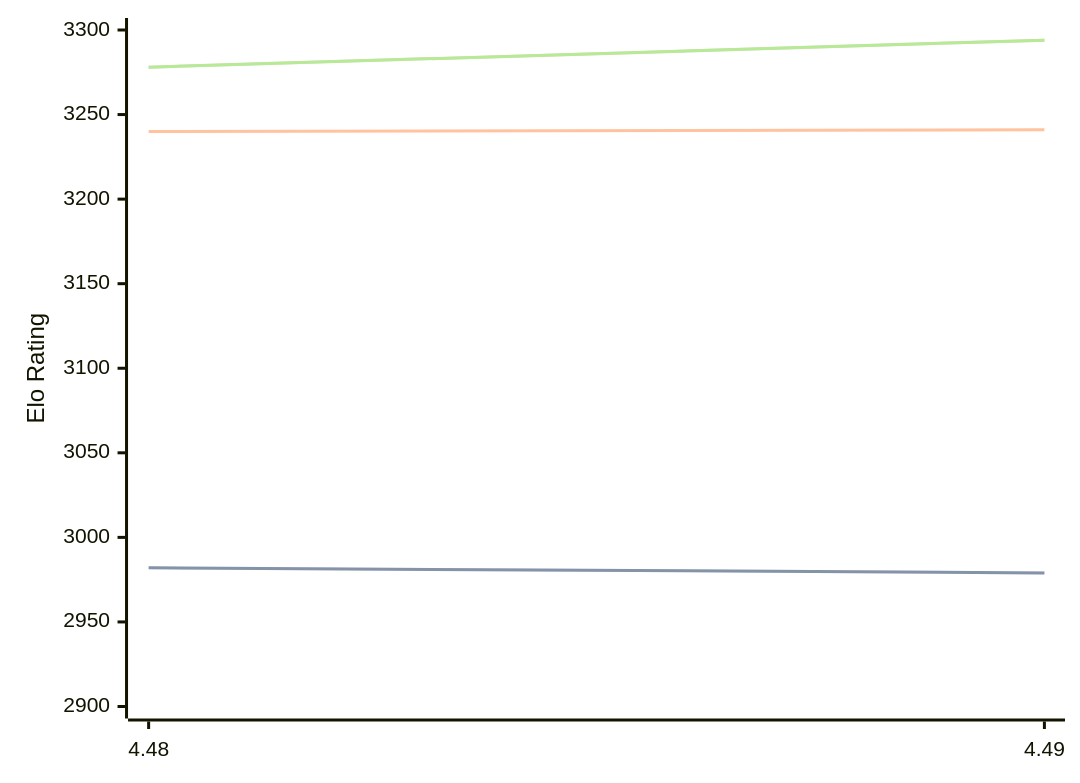
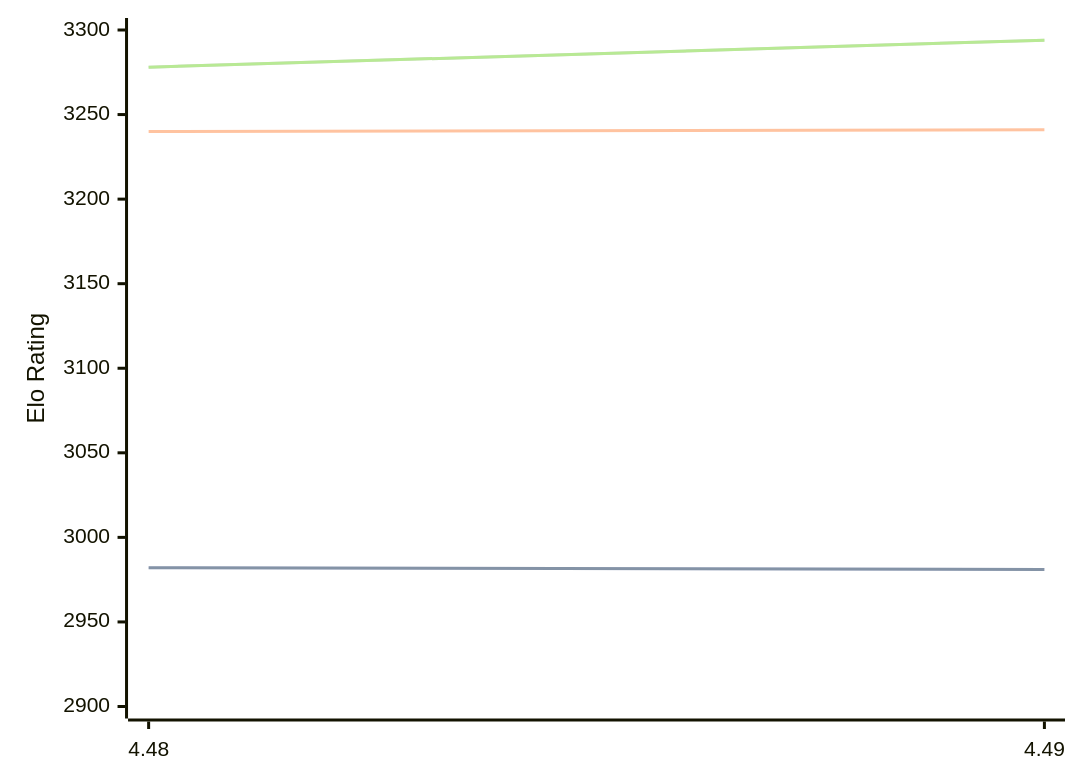
The diagram in engines/Cheng4.md (computer-chess-index/cci), drawn with Mermaid before and after one commit. The commit also changed other lines of this file, not shown here.

````diff
--- a/engines/Cheng4.md
+++ b/engines/Cheng4.md
@@ -32,11 +32,11 @@
 ```mermaid
 %%{init: {"theme":"base","themeVariables":{"seriesColors:['#a3a3a3','#222221','#faa371']}}}%%
 xychart-beta
   x-axis ["4.48", "4.49"]
   y-axis "Elo Rating" 2900 --> 3300
-  line "" [2982, 2979]
-  line "STC (8.0+0.08s)" [2982, 2979]
+  line "" [2982, 2981]
+  line "STC (8.0+0.08s)" [2982, 2981]
   line "LTC (60.0+0.60s)" [3240, 3241]
   line "" [3278, 3294]
   line "VLTC (2m24s+1.12s)" [3278, 3294]
 ```
````
